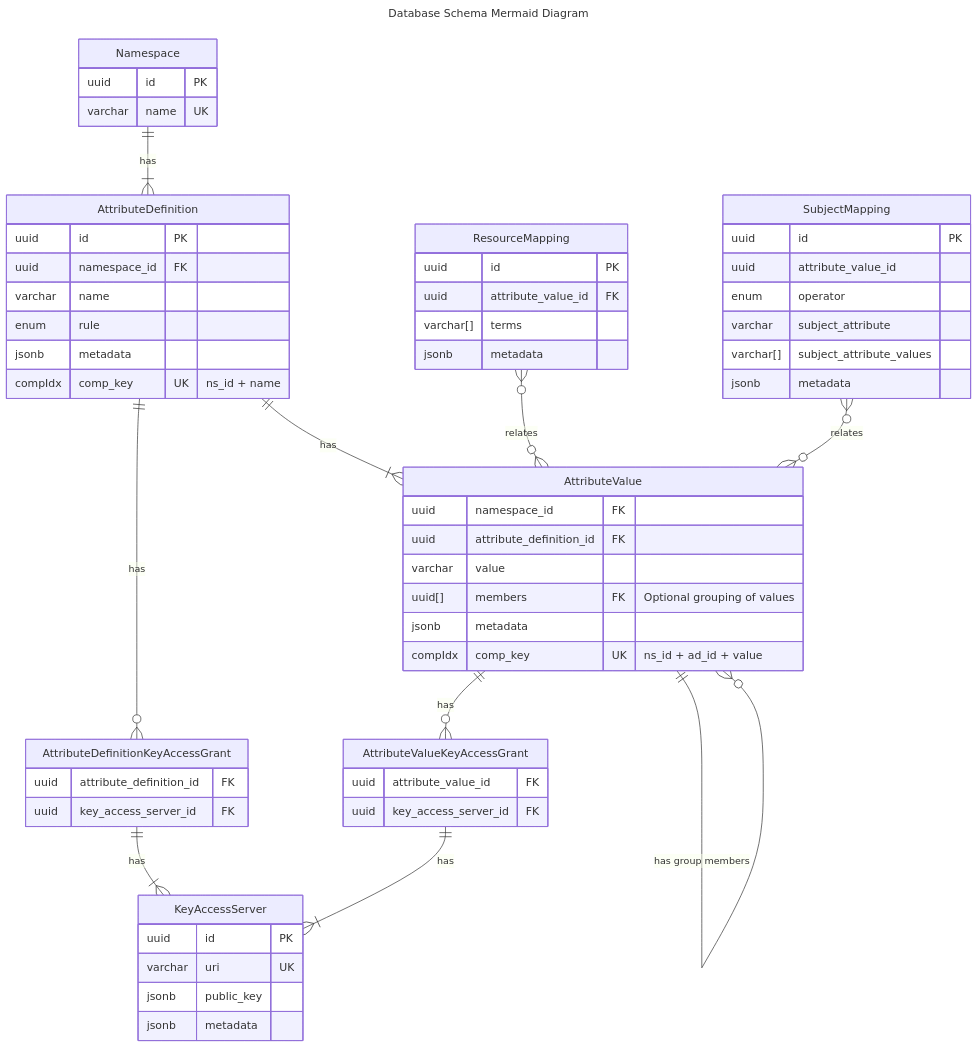
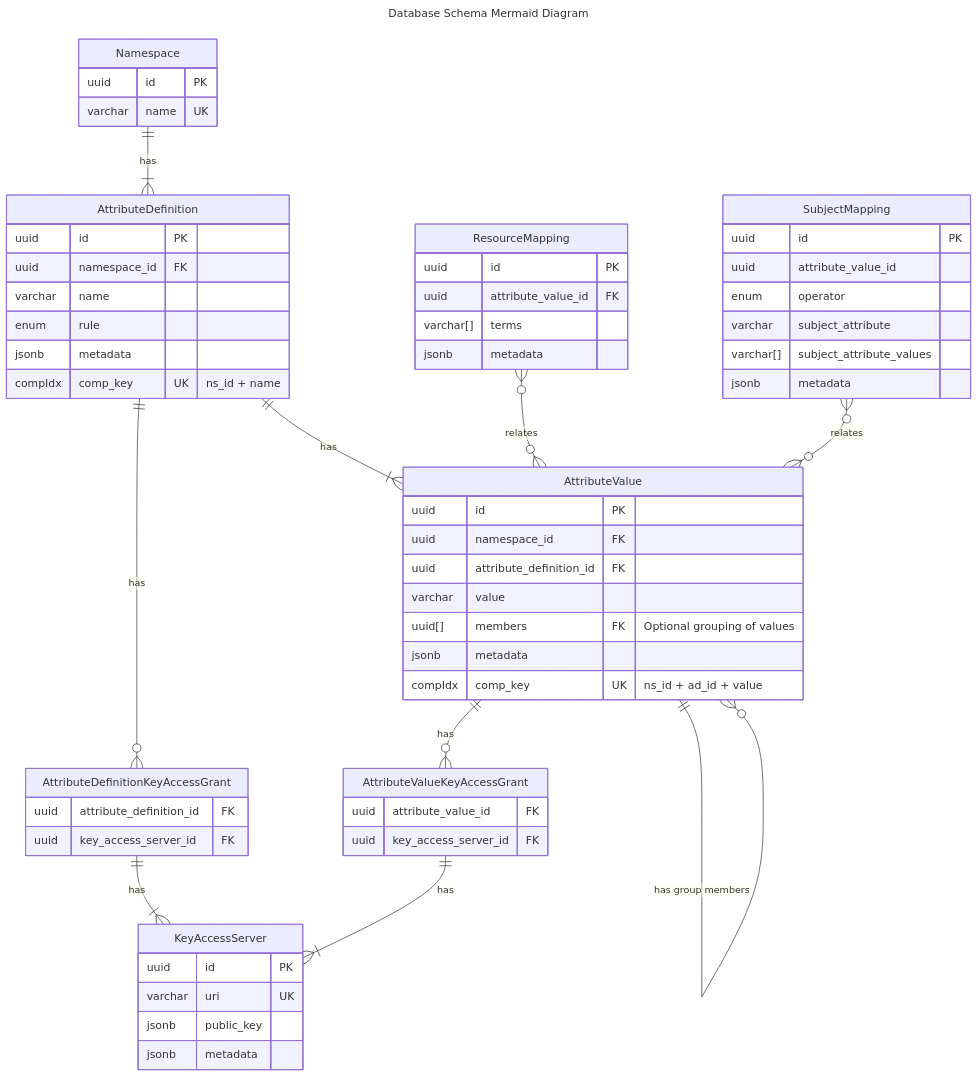
Before and after one commit to passion-127/TDF: the diagram in migrations/20240131000000_diagram.md, drawn with Mermaid. The commit also changed 7 other files, not shown here.

First line of the commit message:
fix(issue 90): remove duplicate attribute_id from attribute value create/update, and consumes schema setup changes in namespaces that were introduced for integration testing (#100)

```diff
--- a/migrations/20240131000000_diagram.md
+++ b/migrations/20240131000000_diagram.md
@@ -50,6 +50,7 @@
     }
 
     AttributeValue {
+        uuid         id                      PK
         uuid         namespace_id            FK
         uuid         attribute_definition_id FK
         varchar      value
```
